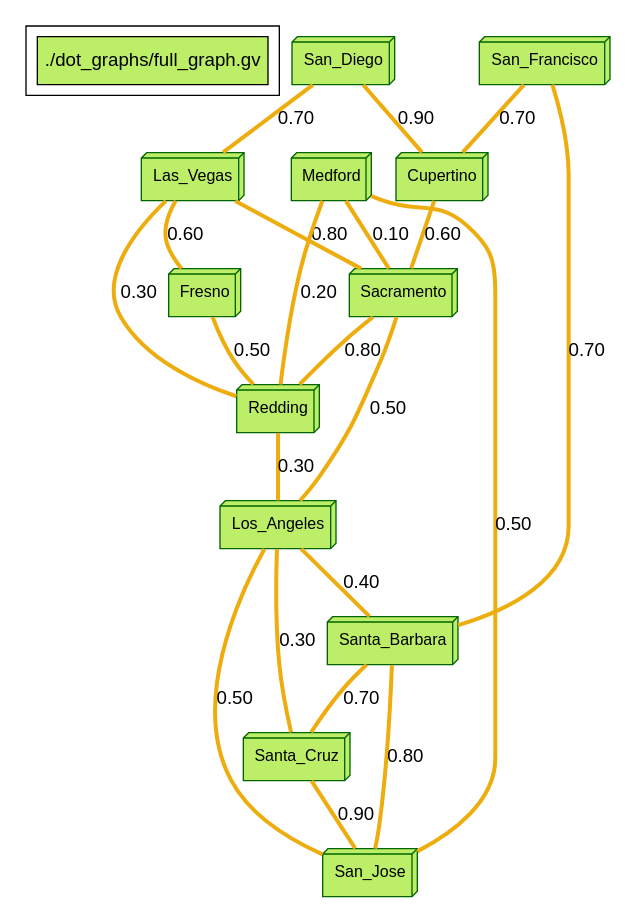
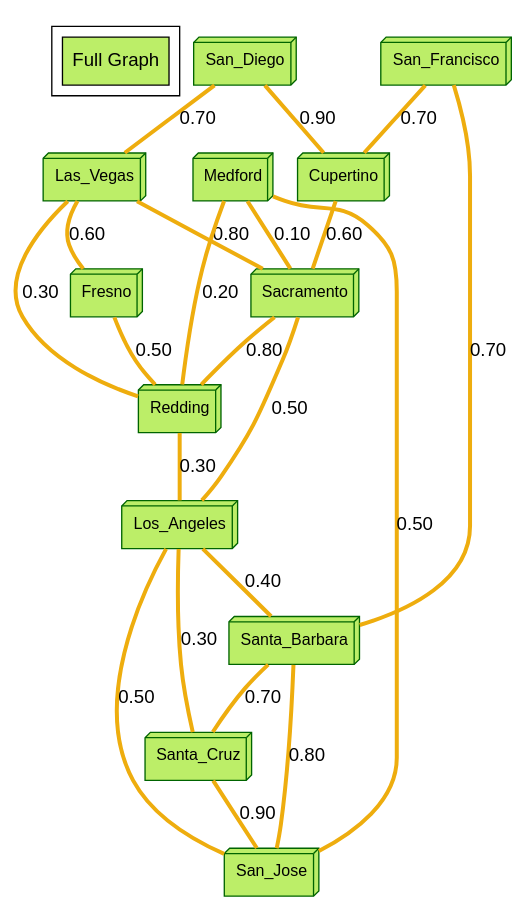
Before and after one commit to parsokev/graph_repo: the diagram in dot_graphs/full_graph.gv, drawn with Graphviz.

Commit message:
Updated graph format for dot language graph file

```diff
--- a/dot_graphs/full_graph.gv
+++ b/dot_graphs/full_graph.gv
@@ -1,42 +1,42 @@
 strict graph main_graph {
 fontname="DejaVu Sans,Arial,sans-serif"
 node [fontname="Impact,Arial,sans-serif"]
 edge [fontname="Comic Sans,Arial,sans-serif"]
 node [style=filled fillcolor="darkolivegreen2"]
 ratio=auto
 landscape=false
-subgraph cluster {"Full Graph" [shape=box fontsize=14 label="./dot_graphs/full_graph.gv" tooltip="All Nodes"] }
-San_Diego [label="San_Diego" id="San_Diego" fontsize=12 shape=box3d tooltip="San_Diego" color="darkgreen"fillcolor="darkolivegreen2"]
-Las_Vegas [label="Las_Vegas" id="Las_Vegas" fontsize=12 shape=box3d tooltip="Las_Vegas" color="darkgreen"fillcolor="darkolivegreen2"]
+subgraph cluster {"Full Graph" [shape=box fontsize=14 label="Full Graph" tooltip="All Nodes"] }
+San_Diego [label="San_Diego" id="San_Diego" fontsize=12 shape=box3d tooltip="San_Diego" color="darkgreen" fillcolor="darkolivegreen2"]
+Las_Vegas [label="Las_Vegas" id="Las_Vegas" fontsize=12 shape=box3d tooltip="Las_Vegas" color="darkgreen" fillcolor="darkolivegreen2"]
 San_Diego -- Las_Vegas [label="0.70" weight=60 penwidth=3 color="darkgoldenrod2" tooltip="San_Diego -- Las_Vegas" labeltooltip="San_Diego -- Las_Vegas"]
-Cupertino [label="Cupertino" id="Cupertino" fontsize=12 shape=box3d tooltip="Cupertino" color="darkgreen"fillcolor="darkolivegreen2"]
+Cupertino [label="Cupertino" id="Cupertino" fontsize=12 shape=box3d tooltip="Cupertino" color="darkgreen" fillcolor="darkolivegreen2"]
 San_Diego -- Cupertino [label="0.90" weight=60 penwidth=3 color="darkgoldenrod2" tooltip="San_Diego -- Cupertino" labeltooltip="San_Diego -- Cupertino"]
-Sacramento [label="Sacramento" id="Sacramento" fontsize=12 shape=box3d tooltip="Sacramento" color="darkgreen"fillcolor="darkolivegreen2"]
+Sacramento [label="Sacramento" id="Sacramento" fontsize=12 shape=box3d tooltip="Sacramento" color="darkgreen" fillcolor="darkolivegreen2"]
 Cupertino -- Sacramento [label="0.60" weight=60 penwidth=3 color="darkgoldenrod2" tooltip="Cupertino -- Sacramento" labeltooltip="Cupertino -- Sacramento"]
 Las_Vegas -- Sacramento [label="0.80" weight=60 penwidth=3 color="darkgoldenrod2" tooltip="Las_Vegas -- Sacramento" labeltooltip="Las_Vegas -- Sacramento"]
-San_Francisco [label="San_Francisco" id="San_Francisco" fontsize=12 shape=box3d tooltip="San_Francisco" color="darkgreen"fillcolor="darkolivegreen2"]
+San_Francisco [label="San_Francisco" id="San_Francisco" fontsize=12 shape=box3d tooltip="San_Francisco" color="darkgreen" fillcolor="darkolivegreen2"]
 San_Francisco -- Cupertino [label="0.70" weight=60 penwidth=3 color="darkgoldenrod2" tooltip="San_Francisco -- Cupertino" labeltooltip="San_Francisco -- Cupertino"]
-Santa_Barbara [label="Santa_Barbara" id="Santa_Barbara" fontsize=12 shape=box3d tooltip="Santa_Barbara" color="darkgreen"fillcolor="darkolivegreen2"]
+Santa_Barbara [label="Santa_Barbara" id="Santa_Barbara" fontsize=12 shape=box3d tooltip="Santa_Barbara" color="darkgreen" fillcolor="darkolivegreen2"]
 San_Francisco -- Santa_Barbara [label="0.70" weight=60 penwidth=3 color="darkgoldenrod2" tooltip="San_Francisco -- Santa_Barbara" labeltooltip="San_Francisco -- Santa_Barbara"]
-Fresno [label="Fresno" id="Fresno" fontsize=12 shape=box3d tooltip="Fresno" color="darkgreen"fillcolor="darkolivegreen2"]
+Fresno [label="Fresno" id="Fresno" fontsize=12 shape=box3d tooltip="Fresno" color="darkgreen" fillcolor="darkolivegreen2"]
 Las_Vegas -- Fresno [label="0.60" weight=60 penwidth=3 color="darkgoldenrod2" tooltip="Las_Vegas -- Fresno" labeltooltip="Las_Vegas -- Fresno"]
-Redding [label="Redding" id="Redding" fontsize=12 shape=box3d tooltip="Redding" color="darkgreen"fillcolor="darkolivegreen2"]
+Redding [label="Redding" id="Redding" fontsize=12 shape=box3d tooltip="Redding" color="darkgreen" fillcolor="darkolivegreen2"]
 Las_Vegas -- Redding [label="0.30" weight=60 penwidth=3 color="darkgoldenrod2" tooltip="Las_Vegas -- Redding" labeltooltip="Las_Vegas -- Redding"]
 Fresno -- Redding [label="0.50" weight=60 penwidth=3 color="darkgoldenrod2" tooltip="Fresno -- Redding" labeltooltip="Fresno -- Redding"]
 Sacramento -- Redding [label="0.80" weight=60 penwidth=3 color="darkgoldenrod2" tooltip="Sacramento -- Redding" labeltooltip="Sacramento -- Redding"]
-Medford [label="Medford" id="Medford" fontsize=12 shape=box3d tooltip="Medford" color="darkgreen"fillcolor="darkolivegreen2"]
+Medford [label="Medford" id="Medford" fontsize=12 shape=box3d tooltip="Medford" color="darkgreen" fillcolor="darkolivegreen2"]
 Medford -- Redding [label="0.20" weight=60 penwidth=3 color="darkgoldenrod2" tooltip="Medford -- Redding" labeltooltip="Medford -- Redding"]
 Medford -- Sacramento [label="0.10" weight=60 penwidth=3 color="darkgoldenrod2" tooltip="Medford -- Sacramento" labeltooltip="Medford -- Sacramento"]
-Los_Angeles [label="Los_Angeles" id="Los_Angeles" fontsize=12 shape=box3d tooltip="Los_Angeles" color="darkgreen"fillcolor="darkolivegreen2"]
+Los_Angeles [label="Los_Angeles" id="Los_Angeles" fontsize=12 shape=box3d tooltip="Los_Angeles" color="darkgreen" fillcolor="darkolivegreen2"]
 Redding -- Los_Angeles [label="0.30" weight=60 penwidth=3 color="darkgoldenrod2" tooltip="Redding -- Los_Angeles" labeltooltip="Redding -- Los_Angeles"]
 Los_Angeles -- Sacramento [label="0.50" weight=60 penwidth=3 color="darkgoldenrod2" tooltip="Los_Angeles -- Sacramento" labeltooltip="Los_Angeles -- Sacramento"]
-San_Jose [label="San_Jose" id="San_Jose" fontsize=12 shape=box3d tooltip="San_Jose" color="darkgreen"fillcolor="darkolivegreen2"]
+San_Jose [label="San_Jose" id="San_Jose" fontsize=12 shape=box3d tooltip="San_Jose" color="darkgreen" fillcolor="darkolivegreen2"]
 Medford -- San_Jose [label="0.50" weight=60 penwidth=3 color="darkgoldenrod2" tooltip="Medford -- San_Jose" labeltooltip="Medford -- San_Jose"]
 Los_Angeles -- San_Jose [label="0.50" weight=60 penwidth=3 color="darkgoldenrod2" tooltip="Los_Angeles -- San_Jose" labeltooltip="Los_Angeles -- San_Jose"]
 Los_Angeles -- Santa_Barbara [label="0.40" weight=60 penwidth=3 color="darkgoldenrod2" tooltip="Los_Angeles -- Santa_Barbara" labeltooltip="Los_Angeles -- Santa_Barbara"]
-Santa_Cruz [label="Santa_Cruz" id="Santa_Cruz" fontsize=12 shape=box3d tooltip="Santa_Cruz" color="darkgreen"fillcolor="darkolivegreen2"]
+Santa_Cruz [label="Santa_Cruz" id="Santa_Cruz" fontsize=12 shape=box3d tooltip="Santa_Cruz" color="darkgreen" fillcolor="darkolivegreen2"]
 Los_Angeles -- Santa_Cruz [label="0.30" weight=60 penwidth=3 color="darkgoldenrod2" tooltip="Los_Angeles -- Santa_Cruz" labeltooltip="Los_Angeles -- Santa_Cruz"]
 Santa_Barbara -- Santa_Cruz [label="0.70" weight=60 penwidth=3 color="darkgoldenrod2" tooltip="Santa_Barbara -- Santa_Cruz" labeltooltip="Santa_Barbara -- Santa_Cruz"]
 Santa_Cruz -- San_Jose [label="0.90" weight=60 penwidth=3 color="darkgoldenrod2" tooltip="Santa_Cruz -- San_Jose" labeltooltip="Santa_Cruz -- San_Jose"]
 Santa_Barbara -- San_Jose [label="0.80" weight=60 penwidth=3 color="darkgoldenrod2" tooltip="Santa_Barbara -- San_Jose" labeltooltip="Santa_Barbara -- San_Jose"]
 }
```
